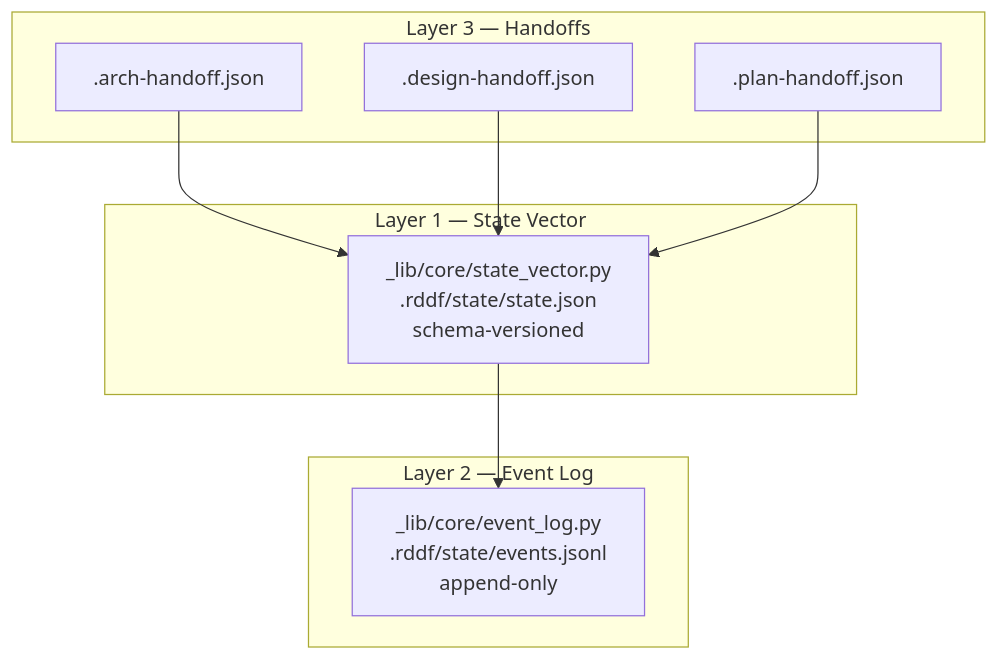
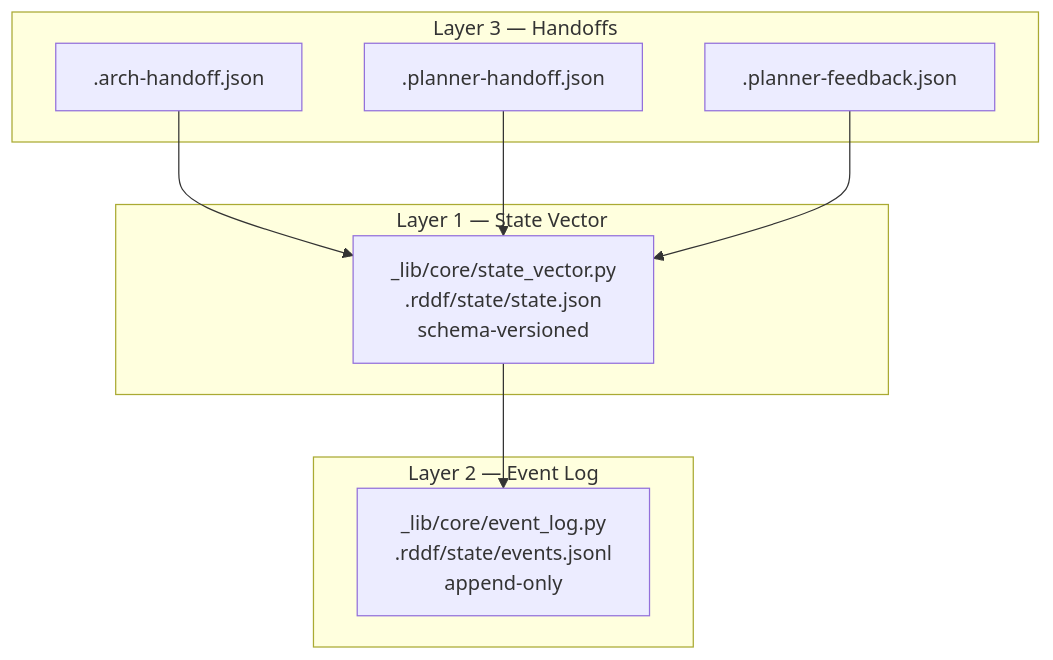
One commit to chisuhua/rdd-workflow changed the diagram in docs/architecture/state-and-events.md. Above: the diagram before and after it, drawn with Mermaid. The commit also changed other lines of this file and 15 other files, not shown here.

````diff
--- a/docs/architecture/state-and-events.md
+++ b/docs/architecture/state-and-events.md
@@ -5,18 +5,18 @@
 ```mermaid
 graph TB
     subgraph Layer1[Layer 1 — State Vector]
     SV[_lib/core/state_vector.py<br/>.rddf/state/state.json<br/>schema-versioned]
     end
     subgraph Layer2[Layer 2 — Event Log]
     EL[_lib/core/event_log.py<br/>.rddf/state/events.jsonl<br/>append-only]
     end
     subgraph Layer3[Layer 3 — Handoffs]
     H1[.arch-handoff.json]
-    H2[.design-handoff.json]
-    H3[.plan-handoff.json]
+    H2[.planner-handoff.json]
+    H3[.planner-feedback.json]
     end
     SV --> EL
     H1 --> SV
     H2 --> SV
     H3 --> SV
 ```
````
